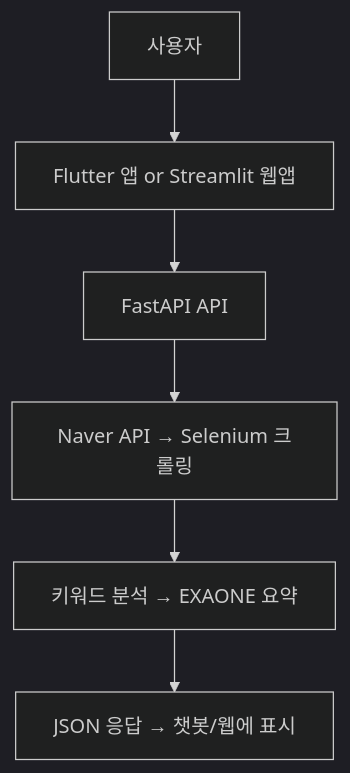
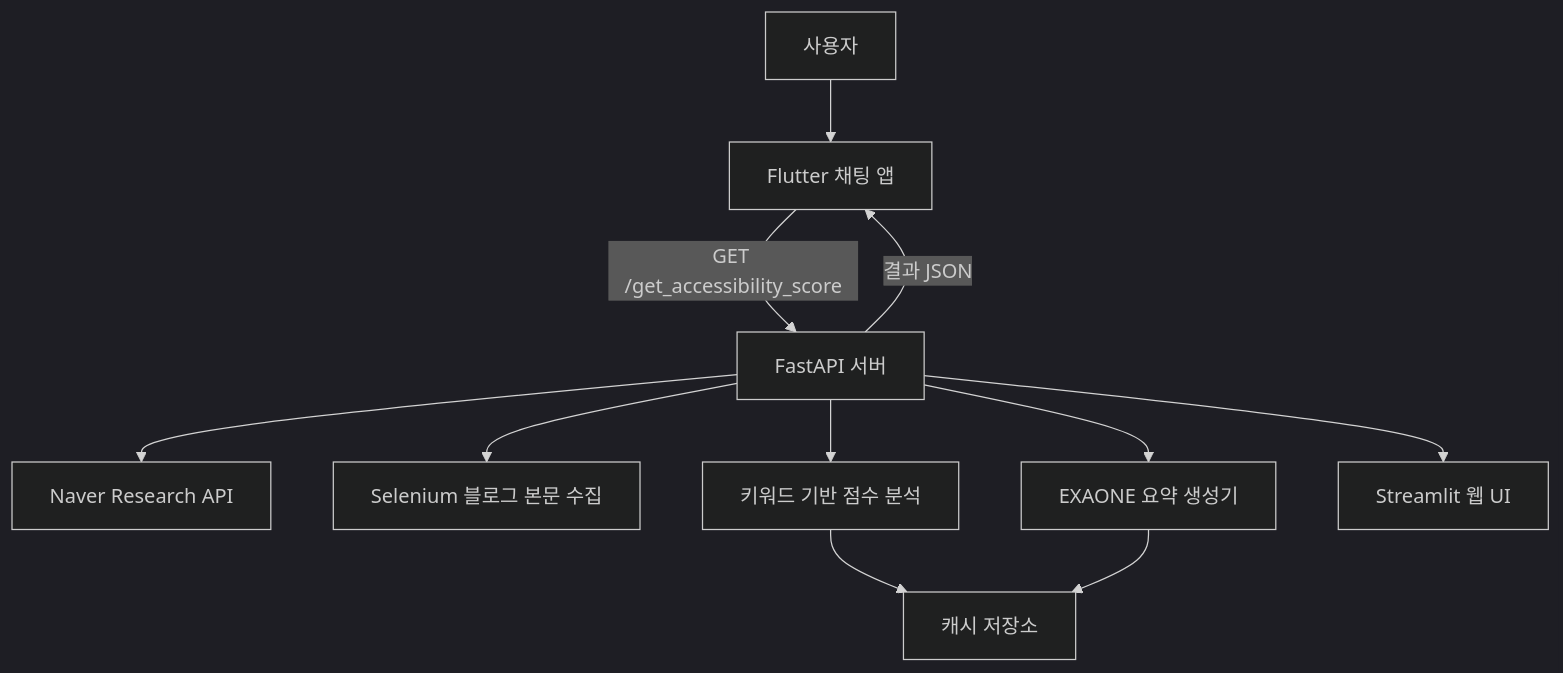
Before and after one commit to KSJcompany/barrierfree-app: the diagram in README.md, drawn with Mermaid (dark theme).

````diff
--- a/README.md
+++ b/README.md
@@ -23,8 +23,16 @@
 ```mermaid
 graph TD
-    User[사용자] --> UI[Flutter 앱 or Streamlit 웹앱]
-    UI --> API[FastAPI API]
-    API --> Search[Naver API → Selenium 크롤링]
-    Search --> Analyze[키워드 분석 → EXAONE 요약]
-    Analyze --> Response[JSON 응답 → 챗봇/웹에 표시]
+    사용자 --> FlutterApp["Flutter 채팅 앱"]
+    FlutterApp -->|GET /get_accessibility_score| FastAPI["FastAPI 서버"]
+
+    FastAPI --> NaverAPI["Naver Research API"]
+    FastAPI --> Selenium["Selenium 블로그 본문 수집"]
+    FastAPI --> ScoreEngine["키워드 기반 점수 분석"]
+    FastAPI --> EXAONE["EXAONE 요약 생성기"]
+
+    ScoreEngine --> Cache[캐시 저장소]
+    EXAONE --> Cache
+
+    FastAPI -->|결과 JSON| FlutterApp
+    FastAPI --> Streamlit["Streamlit 웹 UI"]
 ```
````
